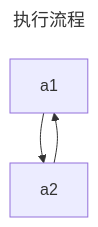
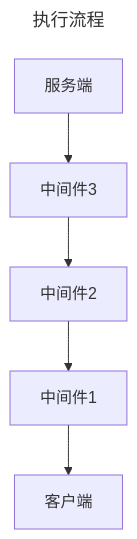
One commit to 142vip/JavaScriptCollection changed the second of 2 diagrams in docs/manuscripts/server-end/framework/koa/tutorial/Application对象.md. Above: the diagram before and after it, drawn with Mermaid. The commit also changed other lines of this file and 5 other files, not shown here.

````diff
--- a/docs/manuscripts/server-end/framework/koa/tutorial/Application对象.md
+++ b/docs/manuscripts/server-end/framework/koa/tutorial/Application对象.md
@@ -8,9 +32,7 @@
 ```mermaid
 ---
 title: 执行流程
 ---
-flowchart TB
-    a1-->a2
-    a2-->a1
-    
+flowchart TD
+    服务端-->中间件3 --> 中间件2--> 中间件1 --> 客户端
 ```
````
